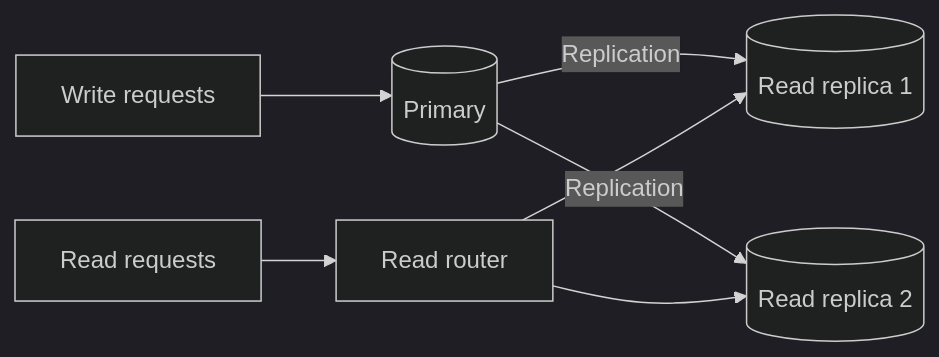
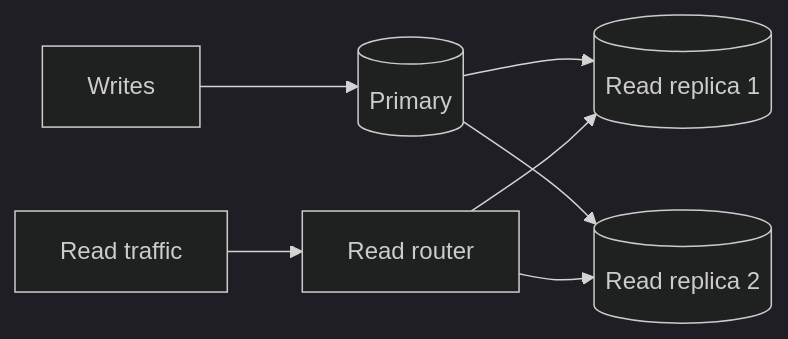
One commit to AvadhBhalodiya/Interview-Preparation changed the fourth of 8 diagrams in src/content/system-design/db-scaling.md. Above: the diagram before and after it, drawn with Mermaid (dark theme). The commit also changed other lines of this file and 54 other files, not shown here.

````diff
--- a/src/content/system-design/db-scaling.md
+++ b/src/content/system-design/db-scaling.md
@@ -453,9 +362,9 @@
 ```mermaid
 flowchart LR
-    W[Write requests] --> P[(Primary)]
-    P -->|Replication| R1[(Read replica 1)]
-    P -->|Replication| R2[(Read replica 2)]
-    Q[Read requests] --> LB[Read router]
-    LB --> R1
-    LB --> R2
+    W[Writes] --> P[(Primary)]
+    P --> R1[(Read replica 1)]
+    P --> R2[(Read replica 2)]
+    Q[Read traffic] --> RR[Read router]
+    RR --> R1
+    RR --> R2
 ```
````
